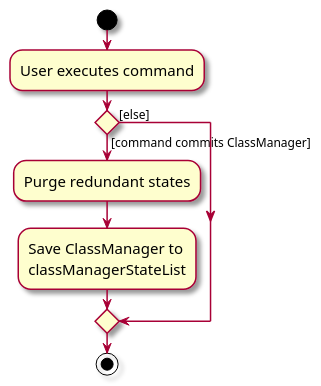
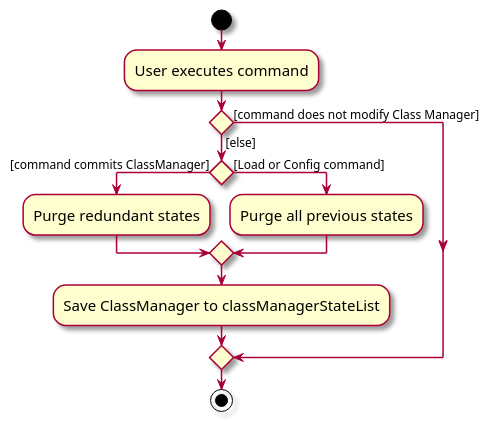
One commit to AY2324S1-CS2103T-T11-1/tp changed the diagram in diagrams/CommitActivityDiagram.puml. Above: the diagram before and after it, drawn with PlantUML. The commit also changed 64 other files, not shown here.

```diff
--- a/diagrams/CommitActivityDiagram.puml
+++ b/diagrams/CommitActivityDiagram.puml
@@ -1,18 +1,21 @@
 @startuml
 skin rose
 skinparam ActivityFontSize 15
 skinparam ArrowFontSize 12
 start
 :User executes command;
 
 'Since the beta syntax does not support placing the condition outside the
 'diamond we place it as the true branch instead.
 
-if () then ([command commits ClassManager])
-    :Purge redundant states;
-    :Save ClassManager to
-    classManagerStateList;
-else ([else])
-endif
+if () then ([command does not modify Class Manager])
+    else ([else])
+    if () then ([command commits ClassManager])
+        :Purge redundant states;
+    else ([Load or Config command])
+        :Purge all previous states;
+    end if;
+    :Save ClassManager to classManagerStateList;
+end if;
 stop
 @enduml
```
